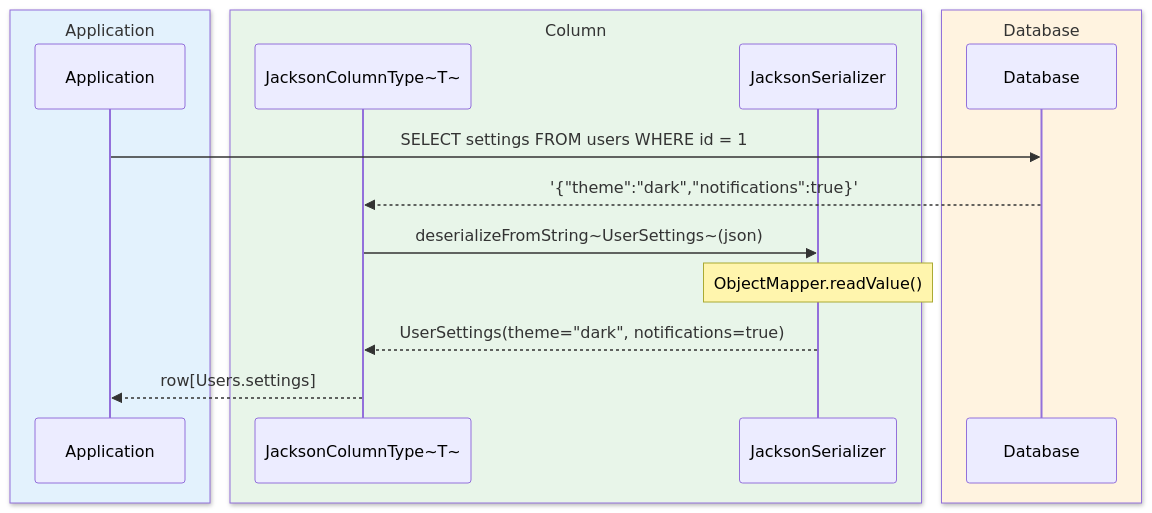
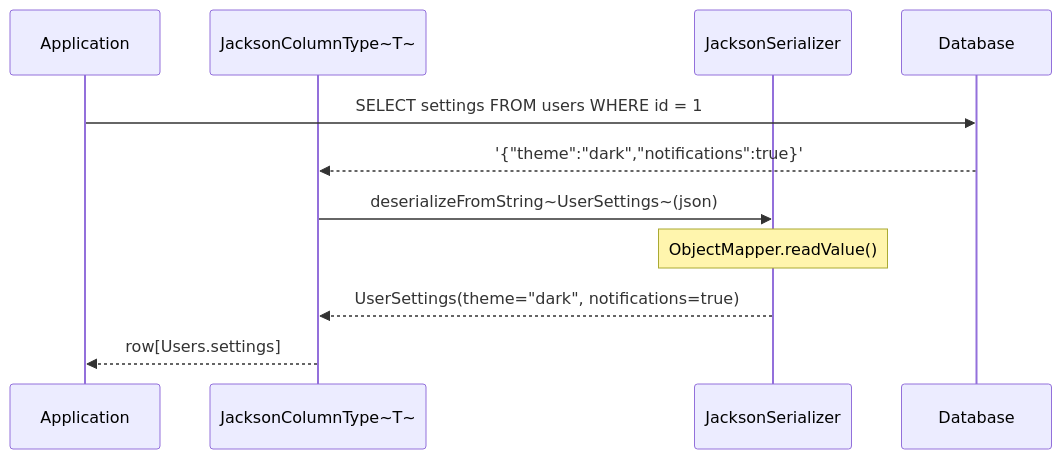
The fourth of 4 diagrams in data/exposed-jackson2/README.md (bluetape4k/bluetape4k-projects), drawn with Mermaid before and after one commit. The commit also changed other lines of this file and 219 other files, not shown here.

First line of the commit message:
docs: 전체 README Mermaid 다이어그램 가이드 적용

````diff
--- a/data/exposed-jackson2/README.md
+++ b/data/exposed-jackson2/README.md
@@ -213,20 +207,14 @@
 ```mermaid
 sequenceDiagram
-    box rgb(227, 242, 253) Application
         participant App as Application
-    end
-    box rgb(232, 245, 233) Column
         participant Col as JacksonColumnType~T~
         participant Ser as JacksonSerializer
-    end
-    box rgb(255, 243, 224) Database
         participant DB as Database
-    end
 
     App->>DB: SELECT settings FROM users WHERE id = 1
     DB-->>Col: '{"theme":"dark","notifications":true}'
     Col->>Ser: deserializeFromString~UserSettings~(json)
     Note over Ser: ObjectMapper.readValue()
     Ser-->>Col: UserSettings(theme="dark", notifications=true)
     Col-->>App: row[Users.settings]
 ```
````
